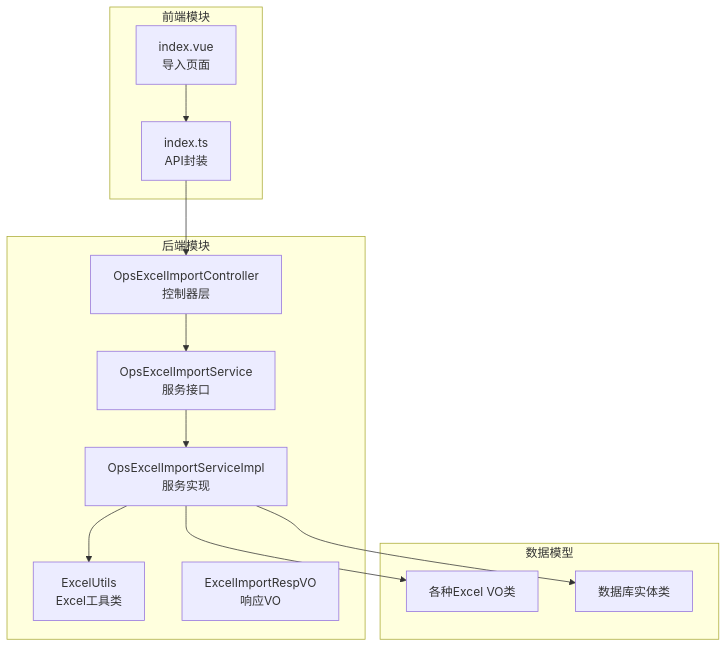
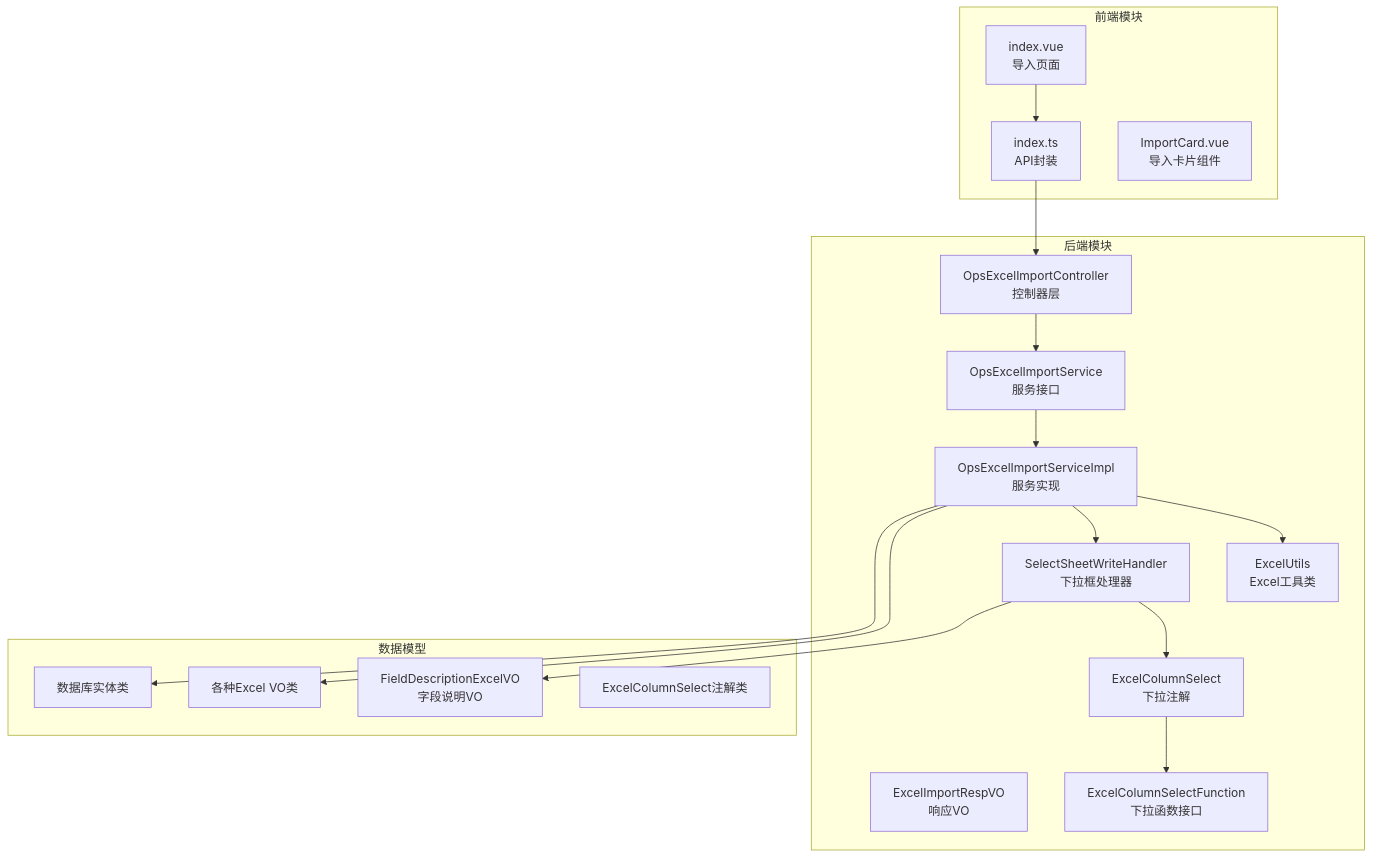
One commit to xiaoche80s-tech/rouyi-vue-pro changed the first of 10 diagrams in .qoder/repowiki/zh/content/核心模块/Excel批量导入功能.md. Above: the diagram before and after it, drawn with Mermaid. The commit also changed other lines of this file and 536 other files, not shown here.

````diff
--- a/.qoder/repowiki/zh/content/核心模块/Excel批量导入功能.md
+++ b/.qoder/repowiki/zh/content/核心模块/Excel批量导入功能.md
@@ -35,25 +49,35 @@
 ```mermaid
 graph TB
 subgraph "后端模块"
 A[OpsExcelImportController<br/>控制器层]
 B[OpsExcelImportService<br/>服务接口]
 C[OpsExcelImportServiceImpl<br/>服务实现]
 D[ExcelUtils<br/>Excel工具类]
 E[ExcelImportRespVO<br/>响应VO]
+F[SelectSheetWriteHandler<br/>下拉框处理器]
+G[ExcelColumnSelect<br/>下拉注解]
+H[ExcelColumnSelectFunction<br/>下拉函数接口]
 end
 subgraph "前端模块"
-F[index.vue<br/>导入页面]
-G[index.ts<br/>API封装]
+I[index.vue<br/>导入页面]
+J[index.ts<br/>API封装]
+K[ImportCard.vue<br/>导入卡片组件]
 end
 subgraph "数据模型"
-H[各种Excel VO类]
-I[数据库实体类]
+L[各种Excel VO类]
+M[FieldDescriptionExcelVO<br/>字段说明VO]
+N[数据库实体类]
+O[ExcelColumnSelect注解类]
 end
 A --> B
 B --> C
 C --> D
+C --> F
 F --> G
-G --> A
-C --> H
-C --> I
+G --> H
+I --> J
+J --> A
+C --> L
+C --> N
+F --> M
 ```
````
